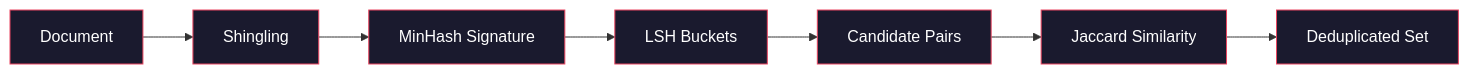
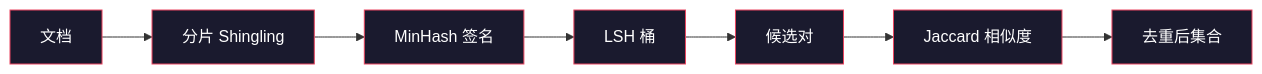
Before and after one commit to JerryC8080/ai-engineering-from-scratch-zh: the second of 3 diagrams in phases/10-llms-from-scratch/03-data-pipelines/docs/zh.md, drawn with Mermaid. The commit also changed other lines of this file and 156 other files, not shown here.

First line of the commit message:
i18n(zh): translate mermaid diagram labels in 157 lesson zh.md

````diff
--- a/phases/10-llms-from-scratch/03-data-pipelines/docs/zh.md
+++ b/phases/10-llms-from-scratch/03-data-pipelines/docs/zh.md
@@ -101,17 +101,17 @@
 ```mermaid
 graph LR
-    A[Document] --> B[Shingling]
-    B --> C[MinHash Signature]
-    C --> D[LSH Buckets]
-    D --> E[Candidate Pairs]
-    E --> F[Jaccard Similarity]
-    F --> G[Deduplicated Set]
+    A[文档] --> B[分片 Shingling]
+    B --> C[MinHash 签名]
+    C --> D[LSH 桶]
+    D --> E[候选对]
+    E --> F[Jaccard 相似度]
+    F --> G[去重后集合]
 
     style A fill:#1a1a2e,stroke:#e94560,color:#fff
     style B fill:#1a1a2e,stroke:#e94560,color:#fff
     style C fill:#1a1a2e,stroke:#e94560,color:#fff
     style D fill:#1a1a2e,stroke:#e94560,color:#fff
     style E fill:#1a1a2e,stroke:#e94560,color:#fff
     style F fill:#1a1a2e,stroke:#e94560,color:#fff
     style G fill:#1a1a2e,stroke:#e94560,color:#fff
 ```
````
